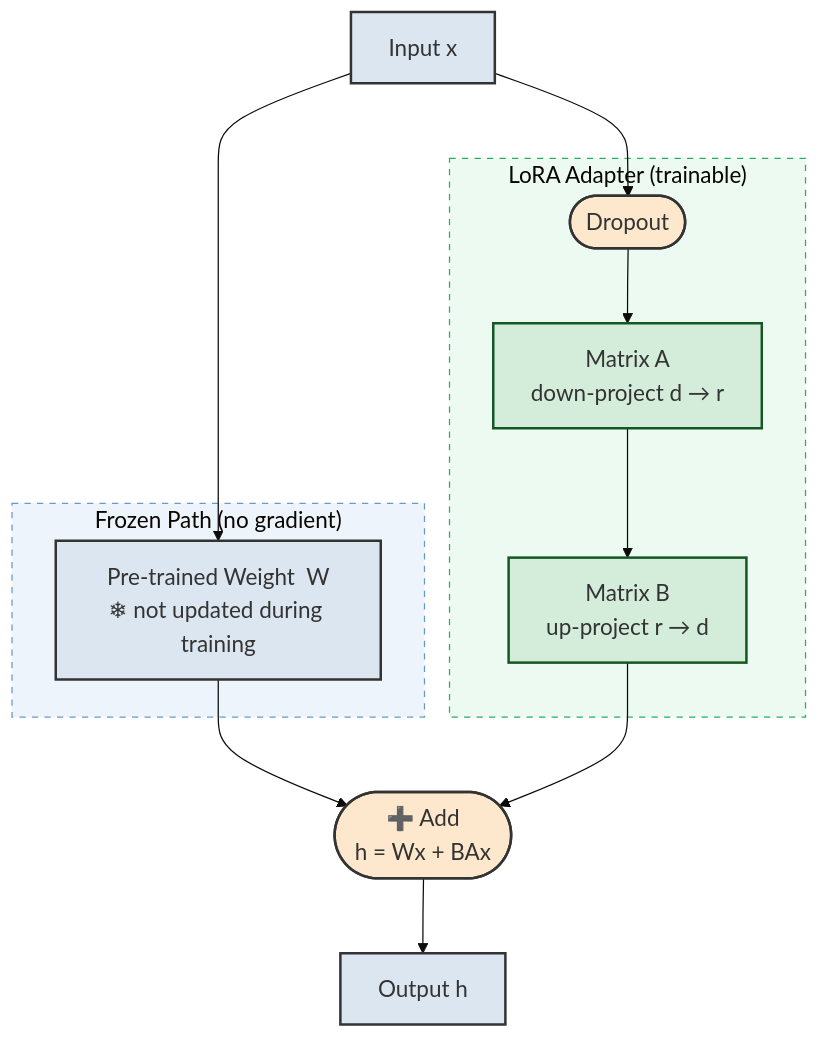
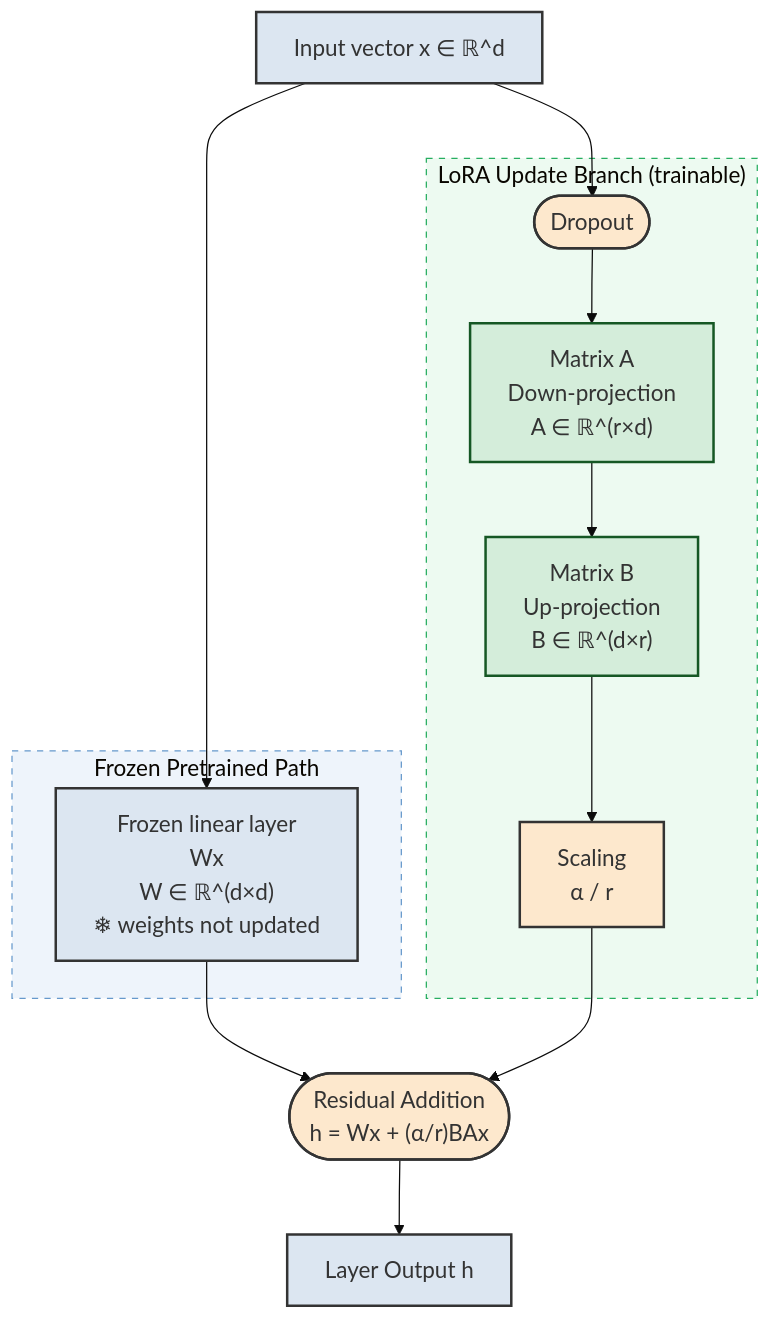
Before and after one commit to DARREN-2000/temporary: the eighth of 8 diagrams in Thesis_Diagrams_Slides.md, drawn with Mermaid. The commit also changed other lines of this file, not shown here.

Commit message:
Update LoRA diagram: add SCALE node, detailed math labels, same colour palette

````diff
--- a/Thesis_Diagrams_Slides.md
+++ b/Thesis_Diagrams_Slides.md
@@ -427,38 +427,41 @@
 ```mermaid
 %%{init: {"theme": "base", "themeVariables": {"fontSize": "18px"}, "flowchart": {"diagramPadding": 24, "nodeSpacing": 50, "rankSpacing": 60}} }%%
 flowchart TD
 
-    INPUT["Input  x"]
+    INPUT["Input vector  x ∈ ℝ^d"]
 
-    subgraph frozen_path ["Frozen Path  (no gradient)"]
-        W["Pre-trained Weight  W\n❄ not updated during training"]
+    subgraph frozen_path ["Frozen Pretrained Path"]
+        W["Frozen linear layer\nWx\nW ∈ ℝ^(d×d)\n❄ weights not updated"]
     end
 
-    subgraph lora_path ["LoRA Adapter  (trainable)"]
+    subgraph lora_path ["LoRA Update Branch (trainable)"]
         DROP(["Dropout"])
-        A["Matrix A\ndown-project  d → r"]
-        B["Matrix B\nup-project  r → d"]
+        A["Matrix A\nDown-projection\nA ∈ ℝ^(r×d)"]
+        B["Matrix B\nUp-projection\nB ∈ ℝ^(d×r)"]
+        SCALE["Scaling\nα / r"]
     end
 
-    ADD(["➕  Add\nh = Wx + BAx"])
-    OUTPUT["Output  h"]
+    ADD(["Residual Addition\nh = Wx + (α/r)BAx"])
+    OUTPUT["Layer Output  h"]
 
     INPUT  --> W
     INPUT  --> DROP
     DROP   --> A
     A      --> B
+    B      --> SCALE
     W      --> ADD
-    B      --> ADD
+    SCALE  --> ADD
     ADD    --> OUTPUT
 
     style INPUT  fill:#dce6f1,stroke:#333,stroke-width:2px
     style W      fill:#dce6f1,stroke:#333,stroke-width:2px
     style A      fill:#d4edda,stroke:#155724,stroke-width:2px
     style B      fill:#d4edda,stroke:#155724,stroke-width:2px
     style DROP   fill:#fde8cd,stroke:#333,stroke-width:2px
+    style SCALE  fill:#fde8cd,stroke:#333,stroke-width:2px
     style ADD    fill:#fde8cd,stroke:#333,stroke-width:2px
     style OUTPUT fill:#dce6f1,stroke:#333,stroke-width:2px
 
     style frozen_path fill:#eef4fb,stroke:#6699cc,stroke-width:1px,stroke-dasharray:5
     style lora_path   fill:#edfaf1,stroke:#27ae60,stroke-width:1px,stroke-dasharray:5
 ```
````
